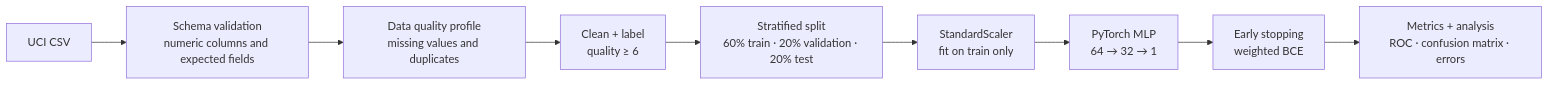
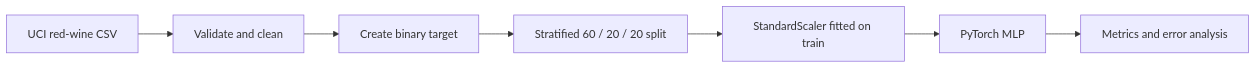
Before and after one commit to amir-sbg/wine-quality-pytorch-pipeline: the diagram in README.md, drawn with Mermaid. The commit also changed other lines of this file, not shown here.

````diff
--- a/README.md
+++ b/README.md
@@ -46,11 +11,9 @@
 ```mermaid
 flowchart LR
-    A["UCI CSV"] --> B["Schema validation<br/>numeric columns and expected fields"]
-    B --> C["Data quality profile<br/>missing values and duplicates"]
-    C --> D["Clean + label<br/>quality ≥ 6"]
-    D --> E["Stratified split<br/>60% train · 20% validation · 20% test"]
-    E --> F["StandardScaler<br/>fit on train only"]
-    F --> G["PyTorch MLP<br/>64 → 32 → 1"]
-    G --> H["Early stopping<br/>weighted BCE"]
-    H --> I["Metrics + analysis<br/>ROC · confusion matrix · errors"]
+    A["UCI red-wine CSV"] --> B["Validate and clean"]
+    B --> C["Create binary target"]
+    C --> D["Stratified 60 / 20 / 20 split"]
+    D --> E["StandardScaler fitted on train"]
+    E --> F["PyTorch MLP"]
+    F --> G["Metrics and error analysis"]
 ```
````
